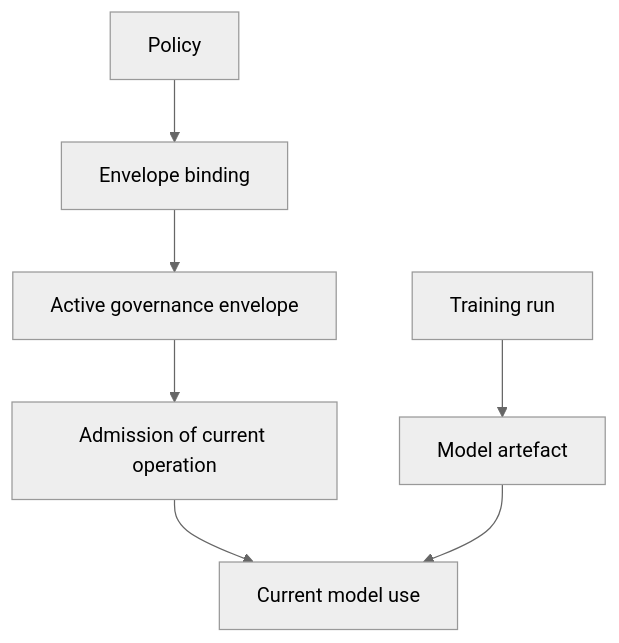
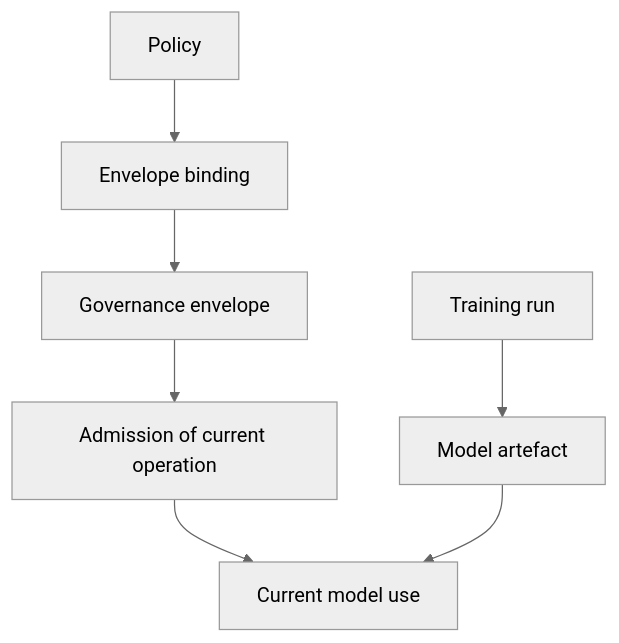
The sixth of 16 diagrams in doc/ARCHITECTURE.md (onzelf/openhealth-cdi), drawn with Mermaid (neutral theme) before and after one commit. The commit also changed other lines of this file, not shown here.

````diff
--- a/doc/ARCHITECTURE.md
+++ b/doc/ARCHITECTURE.md
@@ -196,19 +196,19 @@
 ```mermaid
 flowchart TB
     P["Policy"]
     B["Envelope binding"]
-    E["Active governance envelope"]
+    E["Governance envelope"]
     A["Admission of current operation"]
 
     R["Training run"]
     M["Model artefact"]
     U["Current model use"]
 
     P --> B
     B --> E
     E --> A
     A --> U
 
     R --> M
     M --> U
 ```
````
